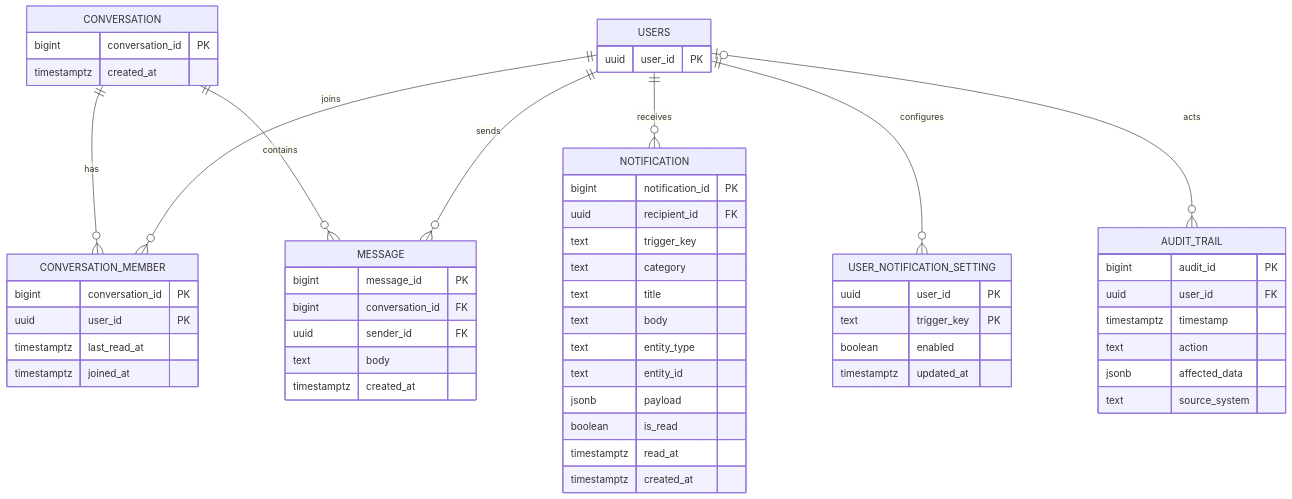
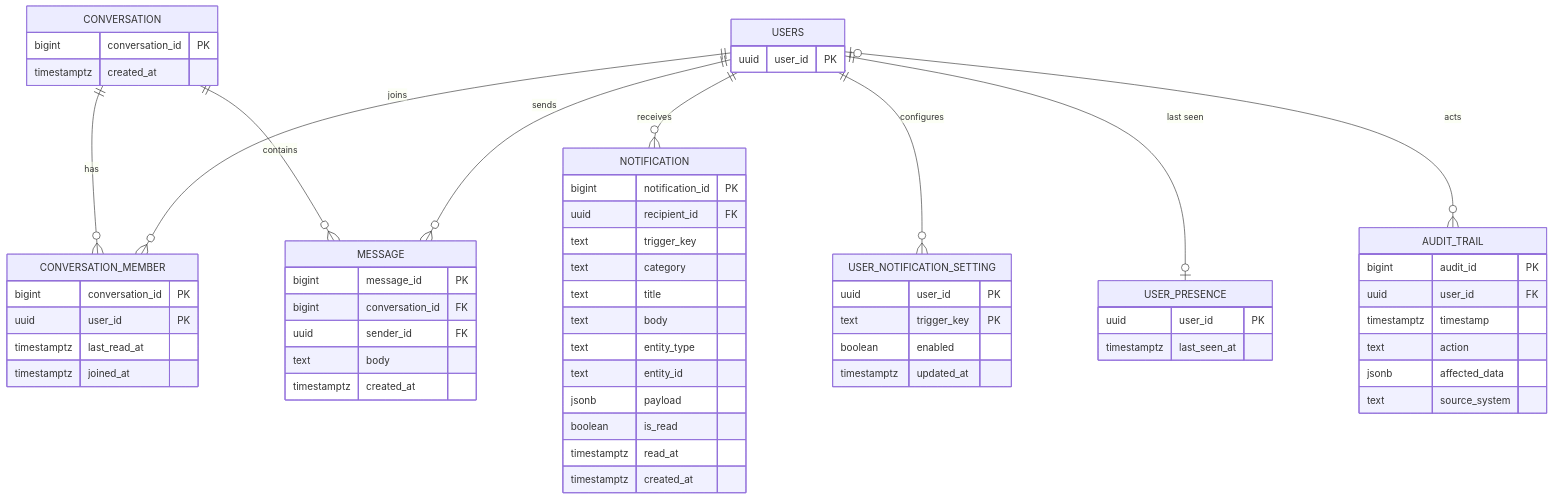
The sixth of 10 diagrams in docs/DATABASE STRUCTURE/README.md (RADENzzz/coe-nnect), drawn with Mermaid before and after one commit. The commit also changed other lines of this file and 26 other files, not shown here.

````diff
--- a/docs/DATABASE STRUCTURE/README.md
+++ b/docs/DATABASE STRUCTURE/README.md
@@ -551,59 +563,64 @@
 ```mermaid
 erDiagram
     CONVERSATION ||--o{ CONVERSATION_MEMBER : "has"
     USERS ||--o{ CONVERSATION_MEMBER : "joins"
     CONVERSATION ||--o{ MESSAGE : "contains"
     USERS ||--o{ MESSAGE : "sends"
     USERS ||--o{ NOTIFICATION : "receives"
     USERS ||--o{ USER_NOTIFICATION_SETTING : "configures"
+    USERS ||--o| USER_PRESENCE : "last seen"
     USERS |o--o{ AUDIT_TRAIL : "acts"
 
     USERS {
         uuid user_id PK
     }
     CONVERSATION {
         bigint conversation_id PK
         timestamptz created_at
     }
     CONVERSATION_MEMBER {
         bigint conversation_id PK
         uuid user_id PK
         timestamptz last_read_at
         timestamptz joined_at
     }
     MESSAGE {
         bigint message_id PK
         bigint conversation_id FK
         uuid sender_id FK
         text body
         timestamptz created_at
     }
     NOTIFICATION {
         bigint notification_id PK
         uuid recipient_id FK
         text trigger_key
         text category
         text title
         text body
         text entity_type
         text entity_id
         jsonb payload
         boolean is_read
         timestamptz read_at
         timestamptz created_at
     }
     USER_NOTIFICATION_SETTING {
         uuid user_id PK
         text trigger_key PK
         boolean enabled
         timestamptz updated_at
     }
+    USER_PRESENCE {
+        uuid user_id PK
+        timestamptz last_seen_at
+    }
     AUDIT_TRAIL {
         bigint audit_id PK
         uuid user_id FK
         timestamptz timestamp
         text action
         jsonb affected_data
         text source_system
     }
 ```
````
